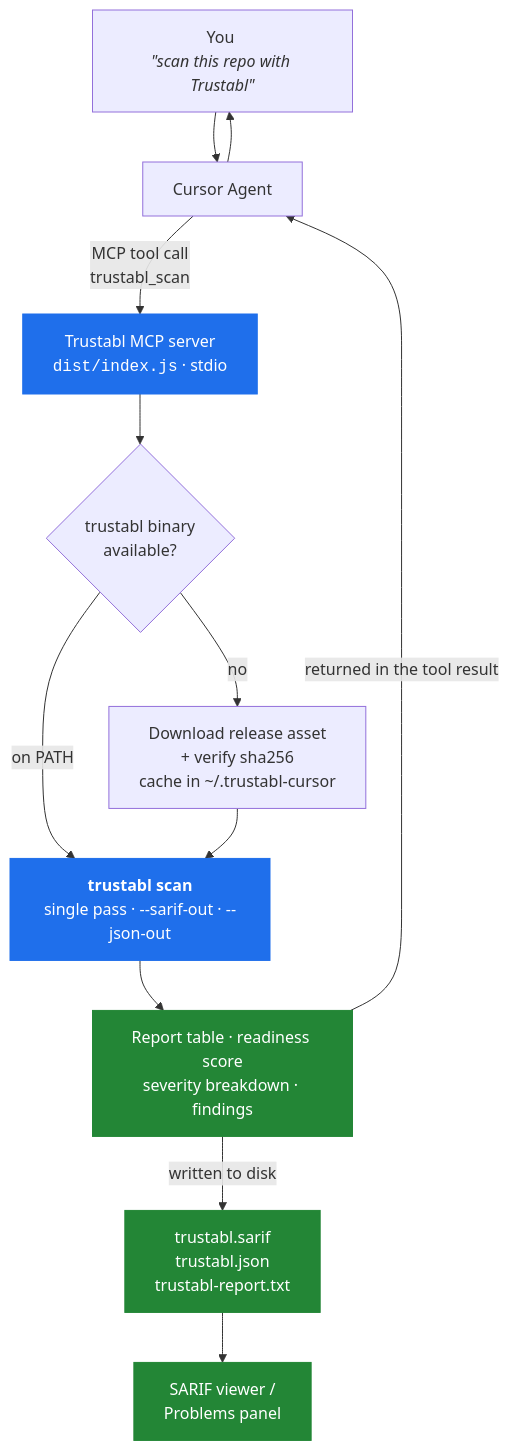
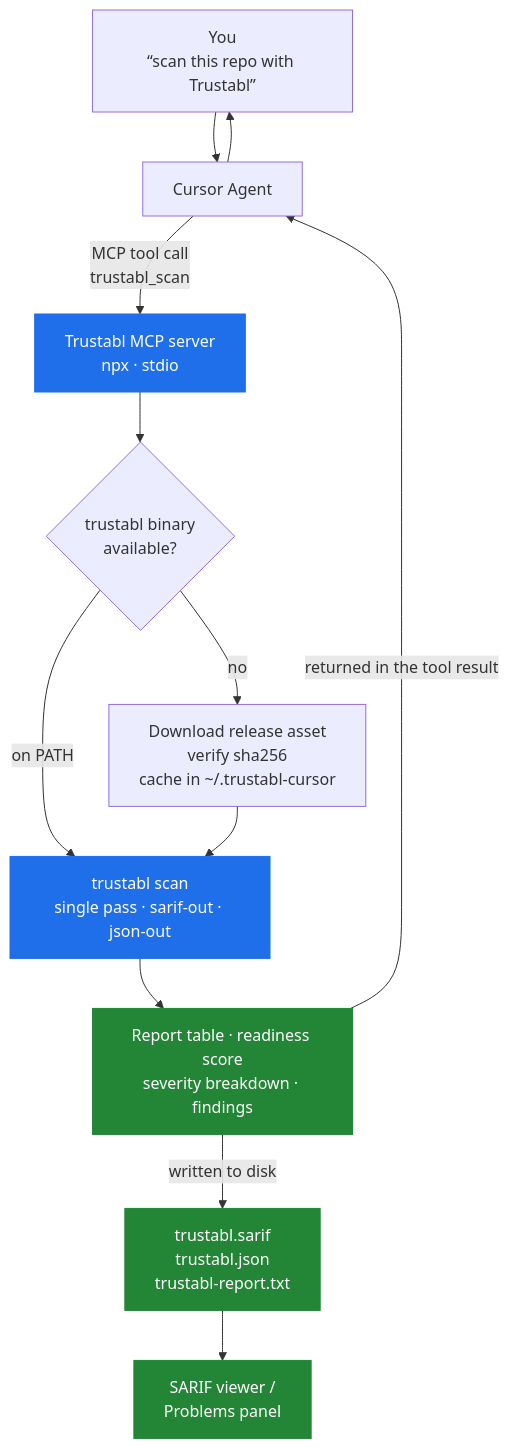
One commit to trustabl/trustabl-cursor changed the diagram in README.md. Above: the diagram before and after it, drawn with Mermaid.

Commit message:
fix: mermaid render

````diff
--- a/README.md
+++ b/README.md
@@ -17,21 +17,21 @@
 ```mermaid
 flowchart TD
-    U["You <br/><i>&quot;scan this repo with Trustabl&quot;</i>"] --> A["Cursor Agent"]
-    A -->|"MCP tool call<br/>trustabl_scan"| S["Trustabl MCP server<br/><code>dist/index.js</code> · stdio"]
+    U["You<br/>“scan this repo with Trustabl”"] --> A["Cursor Agent"]
+    A -->|"MCP tool call<br/>trustabl_scan"| S["Trustabl MCP server<br/>npx · stdio"]
 
     S --> B{"trustabl binary<br/>available?"}
     B -->|"on PATH"| SCAN
-    B -->|"no"| D["Download release asset<br/>+ verify sha256<br/>cache in ~/.trustabl-cursor"]
-    D --> SCAN["<b>trustabl scan</b><br/>single pass · --sarif-out · --json-out"]
+    B -->|"no"| D["Download release asset<br/>verify sha256<br/>cache in ~/.trustabl-cursor"]
+    D --> SCAN["trustabl scan<br/>single pass · sarif-out · json-out"]
 
     SCAN --> R["Report table · readiness score<br/>severity breakdown · findings"]
     R -->|"returned in the tool result"| A
     R -->|"written to disk"| F["trustabl.sarif<br/>trustabl.json<br/>trustabl-report.txt"]
     F --> V["SARIF viewer /<br/>Problems panel"]
     A --> U
 
     classDef plugin fill:#1f6feb,stroke:#1f6feb,color:#fff
     classDef output fill:#238636,stroke:#238636,color:#fff
     class S,SCAN plugin
     class F,V,R output
 ```
````
